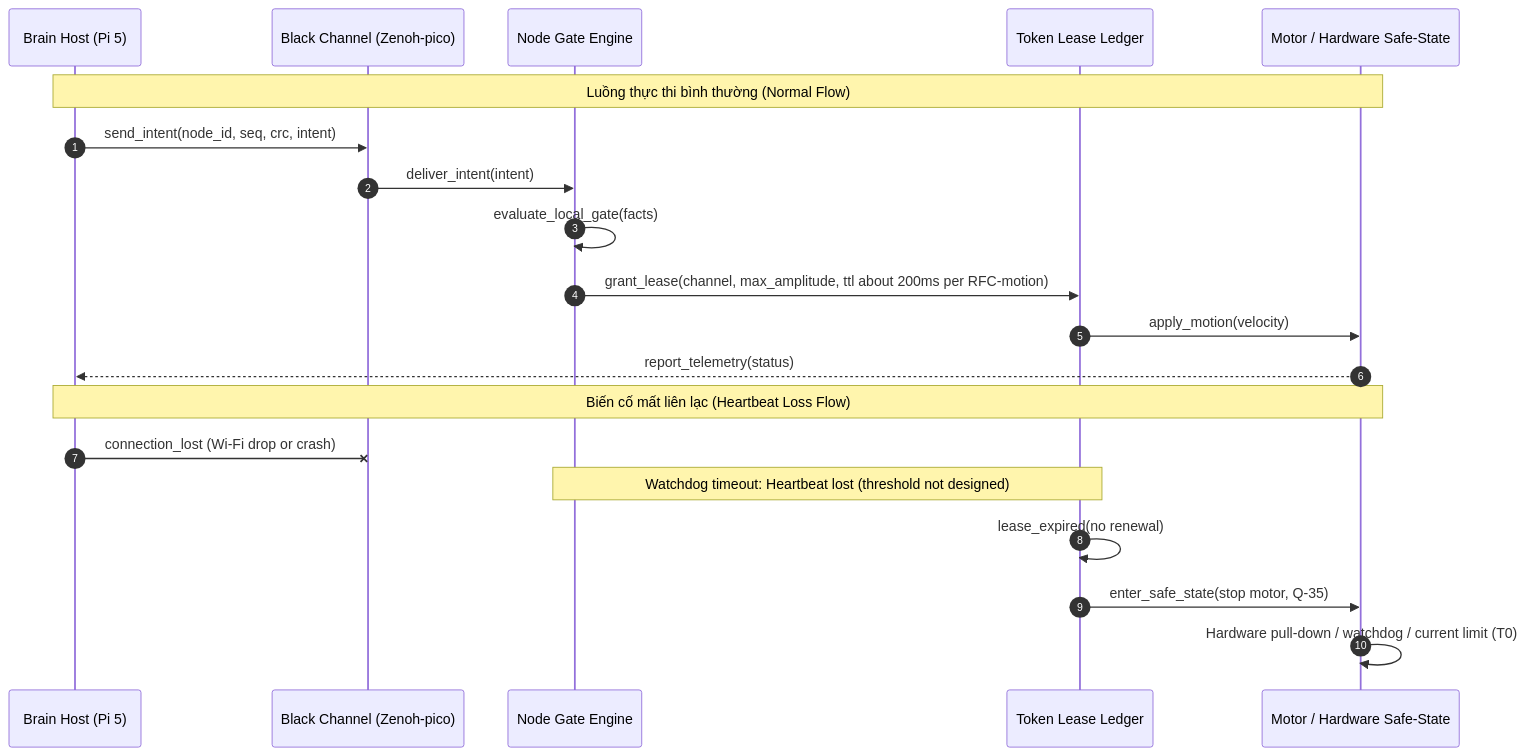
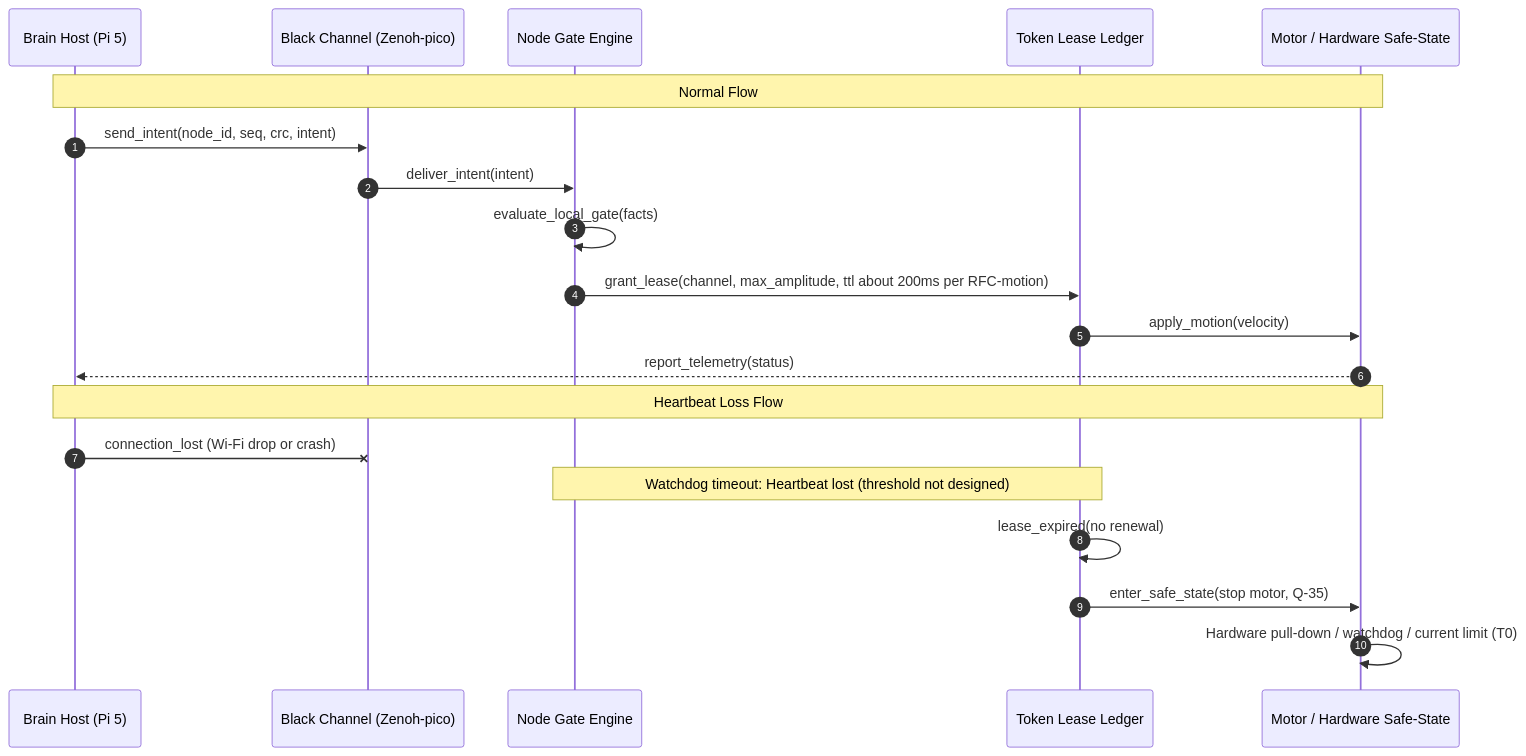
Before and after one commit to letrongminh/neuroedge-init: the seventh of 8 diagrams in docs/architecture/vi/15-target-architecture.md, drawn with Mermaid. The commit also changed other lines of this file and 17 other files, not shown here.

First line of the commit message:
docs(architecture): English mirror of chapters 15, 16 and the updated 00–14

````diff
--- a/docs/architecture/vi/15-target-architecture.md
+++ b/docs/architecture/vi/15-target-architecture.md
@@ -382,24 +382,24 @@
 ```mermaid
 sequenceDiagram
     autonumber
     participant Brain as Brain Host (Pi 5)
     participant Wire as Black Channel (Zenoh-pico)
     participant NodeGate as Node Gate Engine
     participant Lease as Token Lease Ledger
     participant Actuator as Motor / Hardware Safe-State
 
-    Note over Brain,Actuator: Luồng thực thi bình thường (Normal Flow)
+    Note over Brain,Actuator: Normal Flow
     Brain->>Wire: send_intent(node_id, seq, crc, intent)
     Wire->>NodeGate: deliver_intent(intent)
     NodeGate->>NodeGate: evaluate_local_gate(facts)
     NodeGate->>Lease: grant_lease(channel, max_amplitude, ttl about 200ms per RFC-motion)
     Lease->>Actuator: apply_motion(velocity)
     Actuator-->>Brain: report_telemetry(status)
 
-    Note over Brain,Actuator: Biến cố mất liên lạc (Heartbeat Loss Flow)
+    Note over Brain,Actuator: Heartbeat Loss Flow
     Brain-xWire: connection_lost (Wi-Fi drop or crash)
     Note over NodeGate,Lease: Watchdog timeout: Heartbeat lost (threshold not designed)
     Lease->>Lease: lease_expired(no renewal)
     Lease->>Actuator: enter_safe_state(stop motor, Q-35)
     Actuator->>Actuator: Hardware pull-down / watchdog / current limit (T0)
 ```
````
